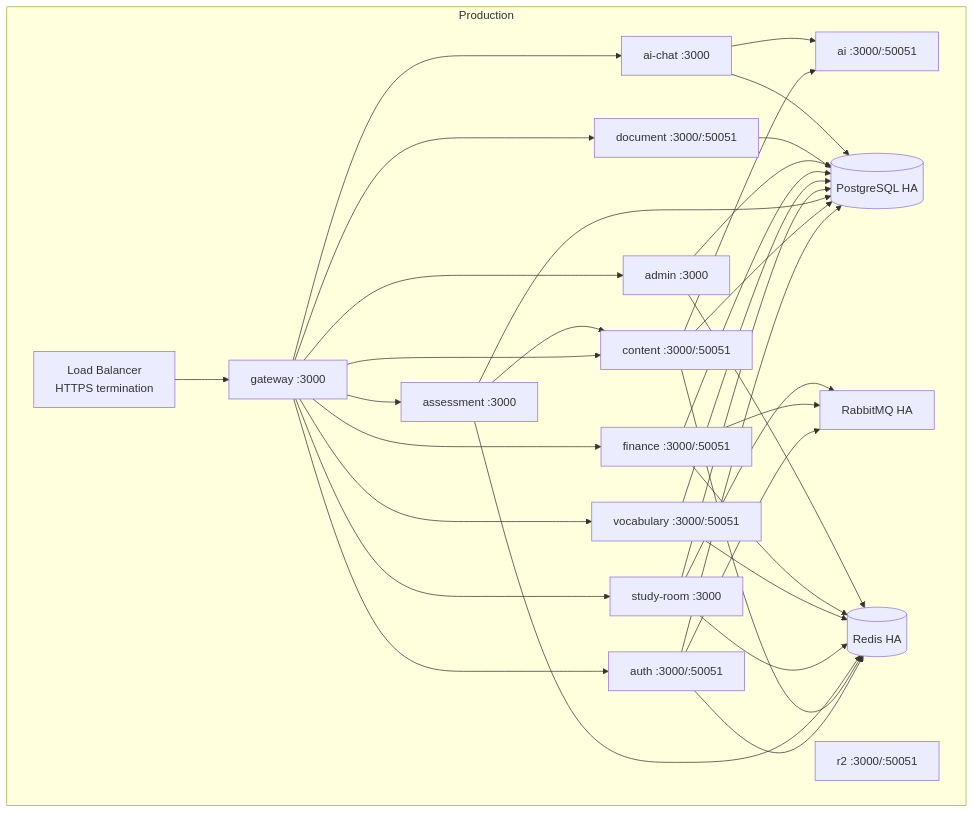
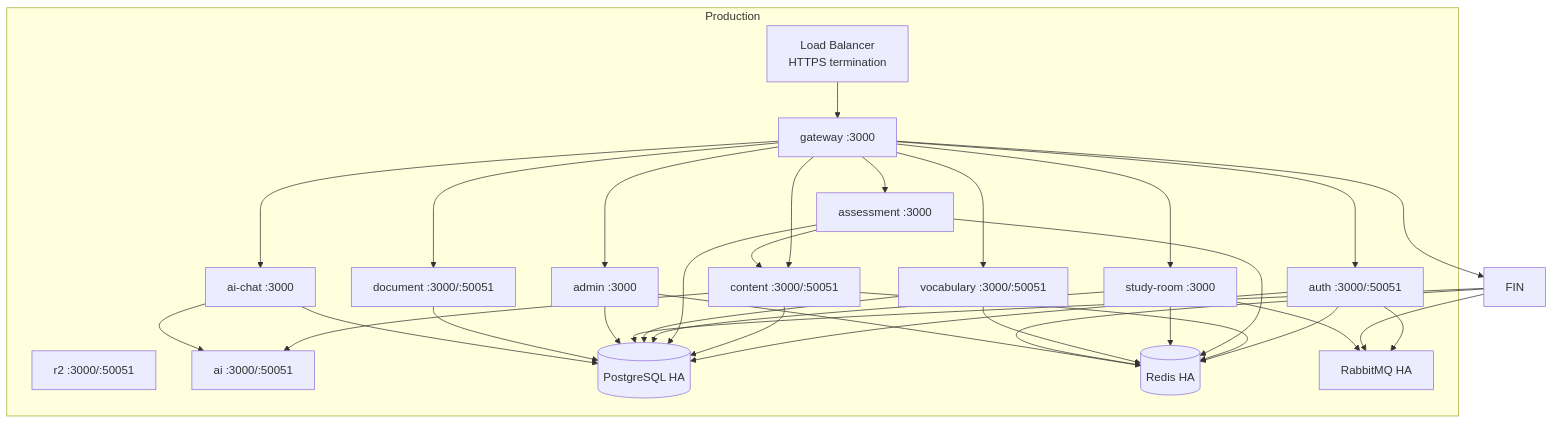
The eighth of 9 diagrams in docs/system/architecture.md (tgiap04/examio), drawn with Mermaid before and after one commit. The commit also changed other lines of this file and 48 other files, not shown here.

Commit message:
docs: drop finance from architecture, system and feature docs

````diff
--- a/docs/system/architecture.md
+++ b/docs/system/architecture.md
@@ -521,53 +503,52 @@
 ```mermaid
 graph TB
     subgraph Production
         LB[Load Balancer<br/>HTTPS termination]
         GW[gateway :3000]
         AUTH[auth :3000/:50051]
         CONTENT[content :3000/:50051]
         ASSESS[assessment :3000]
         STUDY[study-room :3000]
         VOCAB[vocabulary :3000/:50051]
-        FIN[finance :3000/:50051]
         ADMIN[admin :3000]
         R2[r2 :3000/:50051]
         DOC[document :3000/:50051]
         AICHAT[ai-chat :3000]
         AI[ai :3000/:50051]
         PG[(PostgreSQL HA)]
         REDIS[(Redis HA)]
         RMQ[RabbitMQ HA]
     end
     LB --> GW
     GW --> AUTH
     GW --> CONTENT
     GW --> ASSESS
     GW --> STUDY
     GW --> VOCAB
     GW --> FIN
     GW --> ADMIN
     GW --> DOC
     GW --> AICHAT
     CONTENT --> AI
     AICHAT --> AI
     ASSESS --> CONTENT
     AUTH --> PG
     CONTENT --> PG
     ASSESS --> PG
     STUDY --> PG
     VOCAB --> PG
     FIN --> PG
     ADMIN --> PG
     DOC --> PG
     AICHAT --> PG
     AUTH --> RMQ
     FIN --> RMQ
     STUDY --> RMQ
     AUTH --> REDIS
     CONTENT --> REDIS
     ASSESS --> REDIS
     STUDY --> REDIS
     VOCAB --> REDIS
     FIN --> REDIS
     ADMIN --> REDIS
 ```
````
